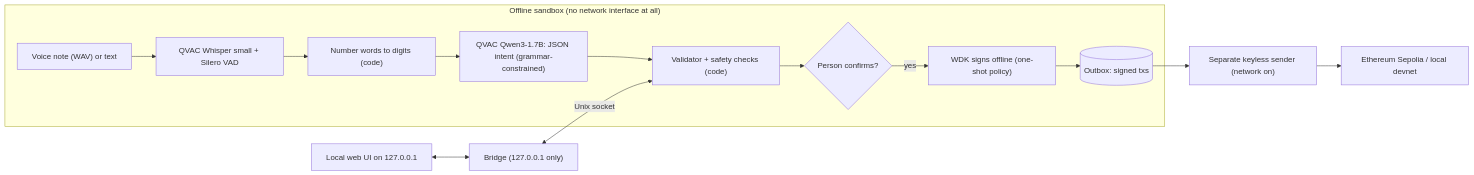
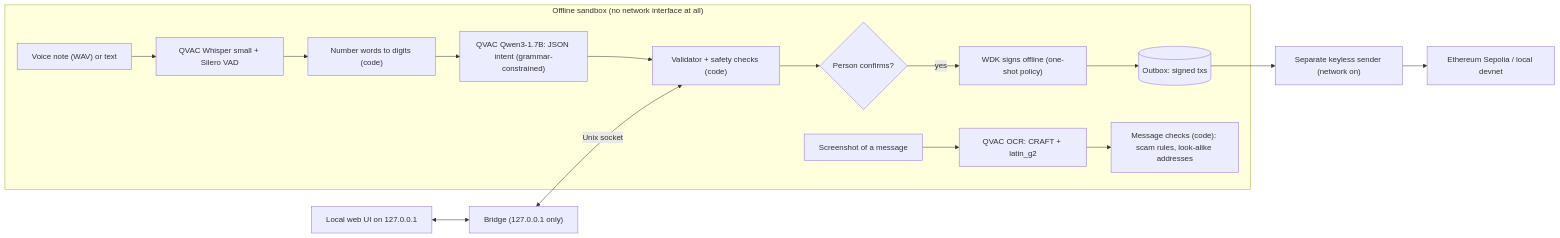
One commit to swiftbotlab/sauti-pesa changed the diagram in README.md. Above: the diagram before and after it, drawn with Mermaid. The commit also changed other lines of this file, not shown here.

First line of the commit message:
README: a local opening (USDT next to M-Pesa, fake "send it back" messages in Swahili), QVAC's four modalities

````diff
--- a/README.md
+++ b/README.md
@@ -72,14 +76,16 @@
 ```mermaid
 flowchart LR
   subgraph OFF["Offline sandbox (no network interface at all)"]
     MIC["Voice note (WAV) or text"] --> ASR["QVAC Whisper small + Silero VAD"]
     ASR --> NUM["Number words to digits (code)"]
     NUM --> LLM["QVAC Qwen3-1.7B: JSON intent (grammar-constrained)"]
     LLM --> VAL["Validator + safety checks (code)"]
     VAL --> CARD{"Person confirms?"}
     CARD -- yes --> SIGN["WDK signs offline (one-shot policy)"]
     SIGN --> OUT[("Outbox: signed txs")]
+    SHOT["Screenshot of a message"] --> OCR["QVAC OCR: CRAFT + latin_g2"]
+    OCR --> MSG["Message checks (code): scam rules, look-alike addresses"]
   end
   UI["Local web UI on 127.0.0.1"] <--> BR["Bridge (127.0.0.1 only)"] <--> |Unix socket| VAL
   OUT --> NET["Separate keyless sender (network on)"] --> CHAIN["Ethereum Sepolia / local devnet"]
 ```
````
